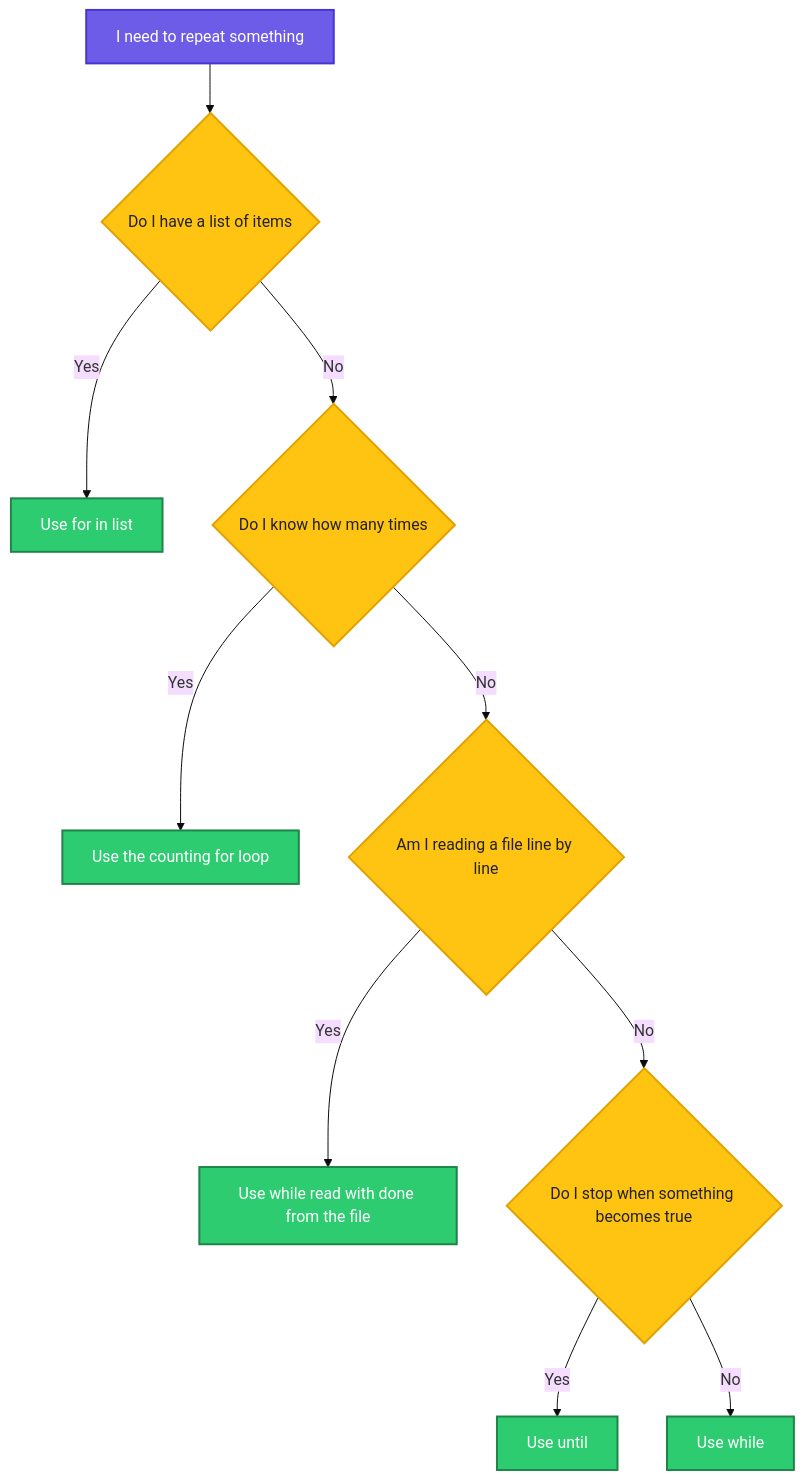
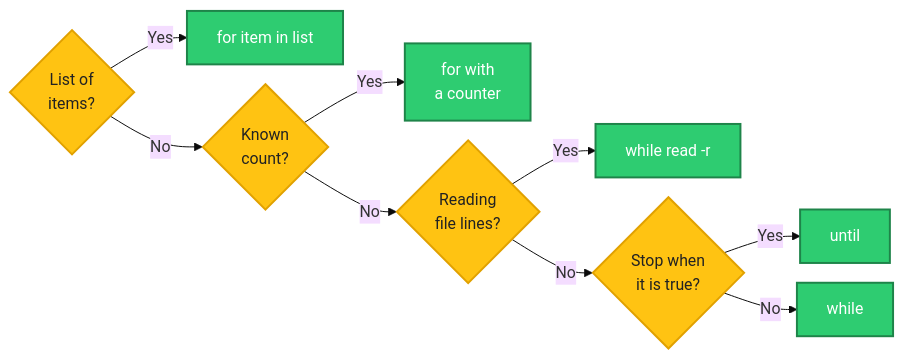
One commit to codeKerdosTech/DevOps-Documentation changed the second of 2 diagrams in shell-script/10-while-until-loops.md. Above: the diagram before and after it, drawn with Mermaid (base theme). The commit also changed other lines of this file and 10 other files, not shown here.

````diff
--- a/shell-script/10-while-until-loops.md
+++ b/shell-script/10-while-until-loops.md
@@ -813,18 +817,19 @@
 ```mermaid
-flowchart TD
-    A["I need to repeat something"] --> B{"Do I have a list of items"}
-    B -- Yes --> C["Use for in list"]
-    B -- No --> D{"Do I know how many times"}
-    D -- Yes --> E["Use the counting for loop"]
-    D -- No --> F{"Am I reading a file line by line"}
-    F -- Yes --> G["Use while read with done from the file"]
-    F -- No --> H{"Do I stop when something becomes true"}
-    H -- Yes --> I["Use until"]
-    H -- No --> J["Use while"]
+%%{init: {"flowchart": {"nodeSpacing": 20, "rankSpacing": 28}}}%%
+flowchart LR
+    A{"List of<br/>items?"} -- Yes --> R1["for item in list"]
+    A -- No --> B{"Known<br/>count?"}
+    B -- Yes --> R2["for with<br/>a counter"]
+    B -- No --> C{"Reading<br/>file lines?"}
+    C -- Yes --> R3["while read -r"]
+    C -- No --> D{"Stop when<br/>it is true?"}
+    D -- Yes --> R4["until"]
+    D -- No --> R5["while"]
     classDef start fill:#6C5CE7,stroke:#4834D4,stroke-width:2px,color:#fff
+    classDef proc fill:#00B8D9,stroke:#0087A8,stroke-width:2px,color:#fff
     classDef dec fill:#FFC312,stroke:#E1A100,stroke-width:2px,color:#222
     classDef ok fill:#2ECC71,stroke:#1E8449,stroke-width:2px,color:#fff
-    class A start
-    class B,D,F,H dec
-    class C,E,G,I,J ok
+    classDef out fill:#FD79A8,stroke:#E84393,stroke-width:2px,color:#fff
+    class A,B,C,D dec
+    class R1,R2,R3,R4,R5 ok
 ```
````
